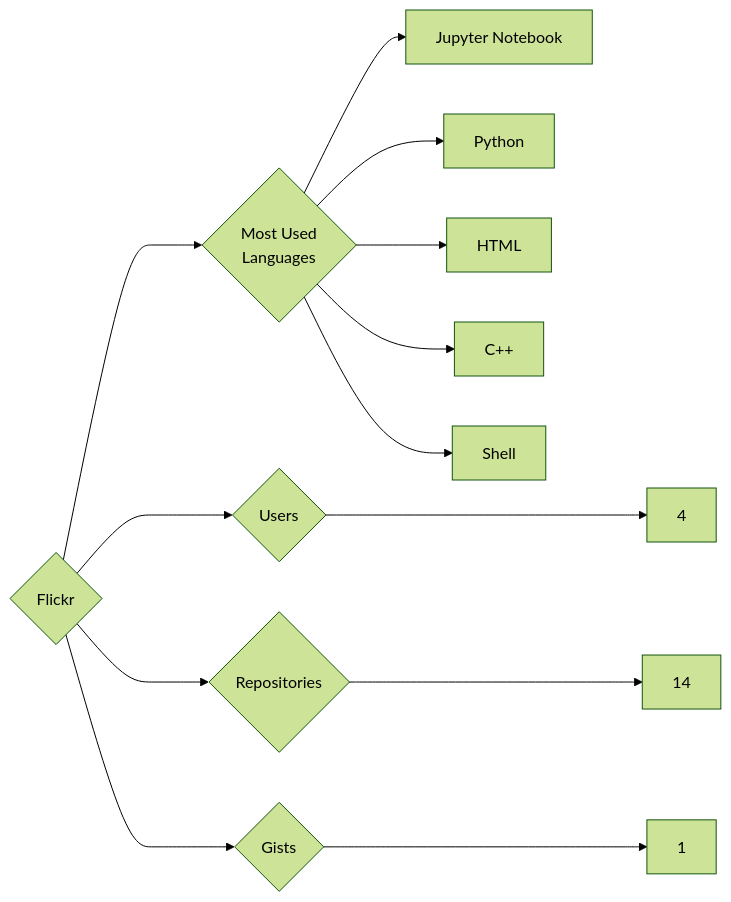
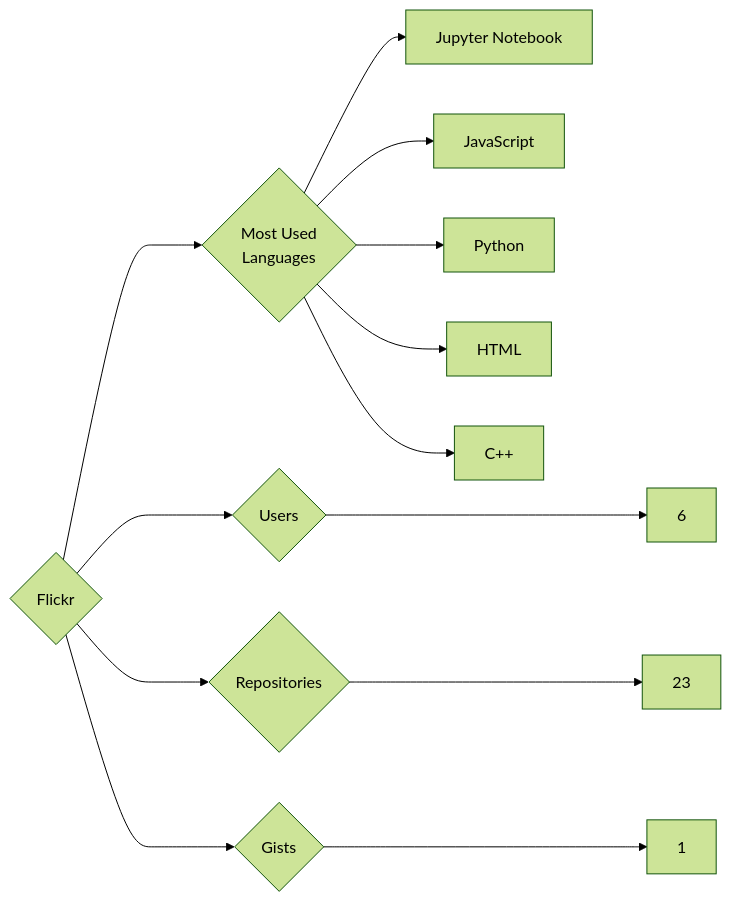
Before and after one commit to trickest/insiders: the diagram in targets/Flickr/README.md, drawn with Mermaid (forest theme). The commit also changed 933 other files, not shown here.

````diff
--- a/targets/Flickr/README.md
+++ b/targets/Flickr/README.md
@@ -3,13 +3,13 @@
 ```mermaid
 graph LR
 COMPANY_NAME{Flickr}
-COMPANY_NAME ---> U{Users} ---> UN[4]
-COMPANY_NAME ---> R{Repositories} ---> RN[14]
+COMPANY_NAME ---> U{Users} ---> UN[6]
+COMPANY_NAME ---> R{Repositories} ---> RN[23]
 COMPANY_NAME ---> G{Gists} ---> GN[1]
 COMPANY_NAME ---> ML{Most Used<br>Languages}
 ML --> Jupyter_Notebook[Jupyter Notebook]
+ML --> JavaScript[JavaScript]
 ML --> Python[Python]
 ML --> HTML[HTML]
 ML --> C++[C++]
-ML --> Shell[Shell]
 ```
````
